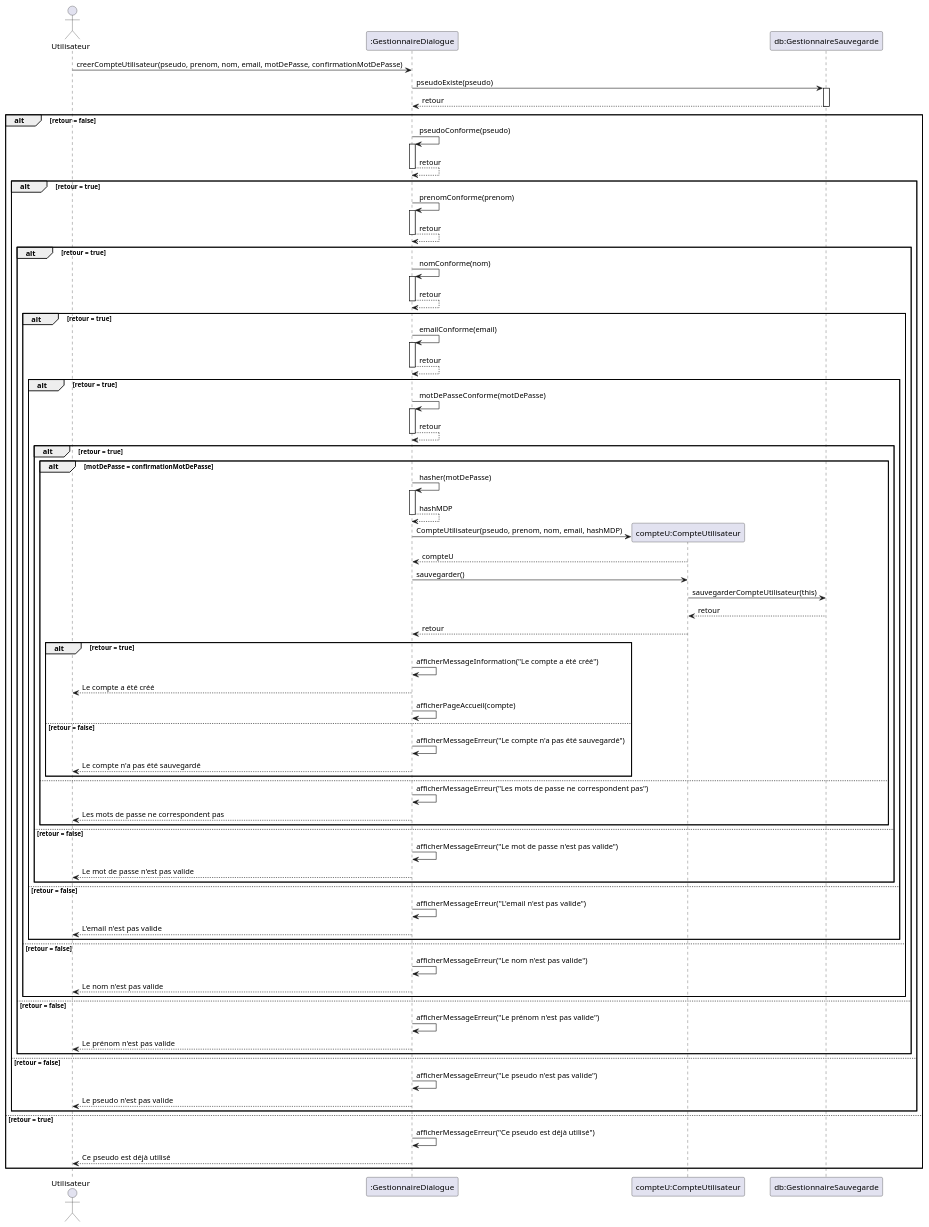
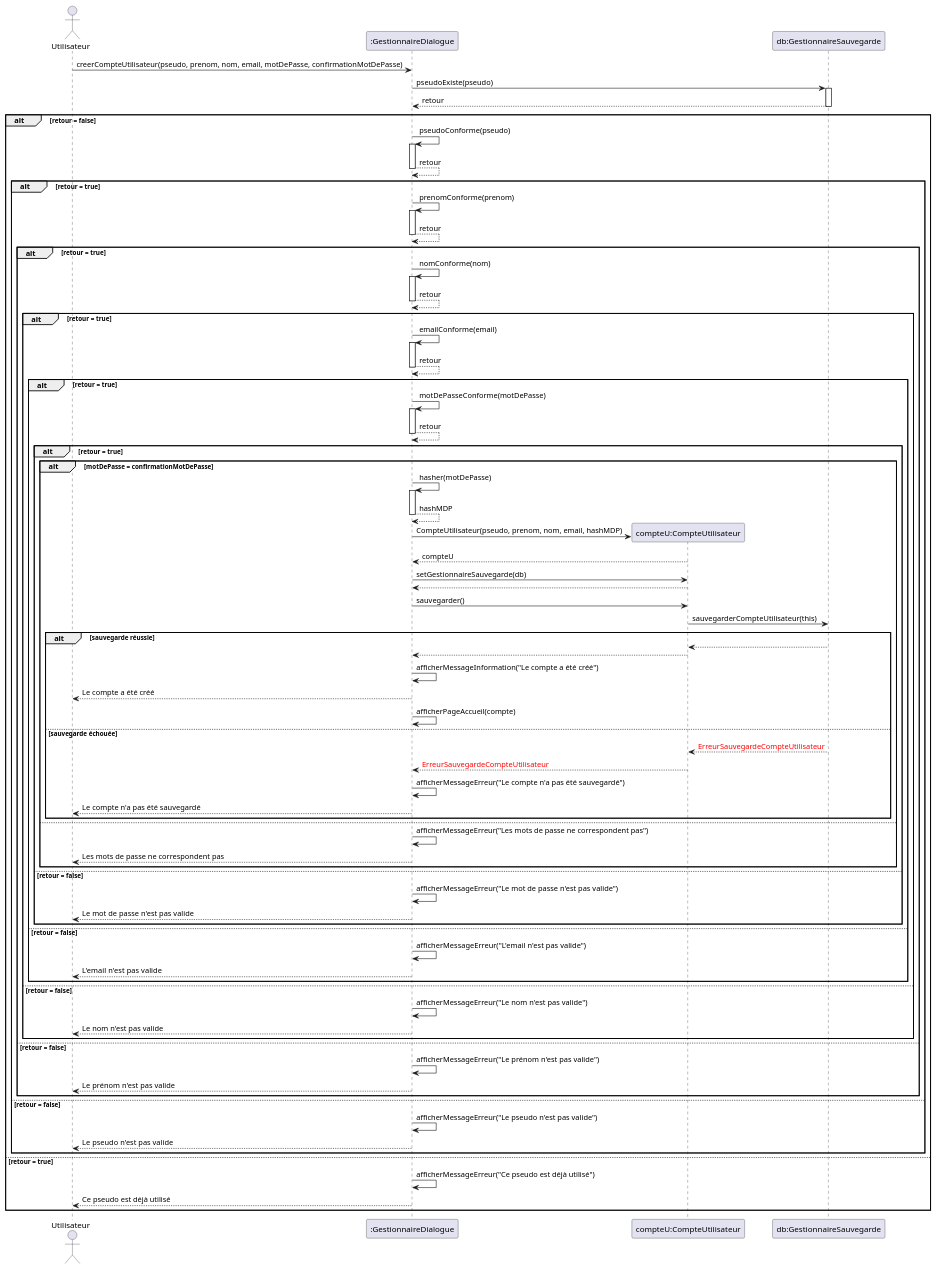
The diagram in diagrammes/conception/creer-compte-utilisateur.puml (lmtb06/sharecount), drawn with PlantUML before and after one commit. The commit also changed 11 other files, not shown here.

```diff
--- a/diagrammes/conception/creer-compte-utilisateur.puml
+++ b/diagrammes/conception/creer-compte-utilisateur.puml
@@ -1,76 +1,81 @@
 @startuml Creer un compte utilisateur
 actor "Utilisateur" as us
 participant ":GestionnaireDialogue" as gd
 participant "compteU:CompteUtilisateur" as cu
 participant "db:GestionnaireSauvegarde" as gs
 
 us 	-> 	gd : creerCompteUtilisateur(pseudo, prenom, nom, email, motDePasse, confirmationMotDePasse)
 ' verification du pseudo
 gd 	-> gs ++: pseudoExiste(pseudo)
 gs 	--> gd --: retour
 alt retour = false
 gd 	-> 	gd ++: pseudoConforme(pseudo)
 gd 	--> 	gd --: retour
 alt retour = true
 ' verification du prénom
 gd 	-> 	gd ++: prenomConforme(prenom)
 gd 	--> 	gd --: retour
 alt retour = true
 ' verification du nom
 gd 	-> 	gd ++: nomConforme(nom)
 gd 	--> 	gd --: retour
 alt retour = true
 ' verification de l'email
 gd 	-> 	gd ++: emailConforme(email)
 gd 	--> 	gd --: retour
 alt retour = true
 ' verification du mot de passe
 gd 	-> 	gd ++: motDePasseConforme(motDePasse)
 gd 	--> 	gd --: retour
 alt retour = true
 alt motDePasse = confirmationMotDePasse
 gd 	-> gd ++: hasher(motDePasse)
 gd 	--> gd --: hashMDP
 gd 	-> cu **: CompteUtilisateur(pseudo, prenom, nom, email, hashMDP)
 cu 	--> gd --: compteU
+gd 	->	cu : setGestionnaireSauvegarde(db)
+cu 	--> gd :
 gd 	-> cu : sauvegarder()
 cu 	-> gs : sauvegarderCompteUtilisateur(this)
-gs 	--> cu : retour
-cu 	--> gd : retour
-alt retour = true
+
+alt sauvegarde réussie
+gs 	--> cu :
+cu 	--> gd :
 gd 	-> 	gd : afficherMessageInformation("Le compte a été créé")
 gd 	--> 	us : Le compte a été créé
 gd -> gd : afficherPageAccueil(compte)
-else retour = false
+else sauvegarde échouée
+gs 	--> cu : <font color=red>ErreurSauvegardeCompteUtilisateur
+cu 	--> gd : <font color=red>ErreurSauvegardeCompteUtilisateur
 gd 	-> 	gd : afficherMessageErreur("Le compte n'a pas été sauvegardé")
 gd 	--> 	us : Le compte n'a pas été sauvegardé
 end
 else
 gd 	-> 	gd : afficherMessageErreur("Les mots de passe ne correspondent pas")
 gd 	--> 	us : Les mots de passe ne correspondent pas
 end
 else retour = false
 gd 	-> 	gd : afficherMessageErreur("Le mot de passe n'est pas valide")
 gd 	--> 	us : Le mot de passe n'est pas valide
 end
 else retour = false
 gd 	-> 	gd : afficherMessageErreur("L'email n'est pas valide")
 gd 	--> 	us : L'email n'est pas valide
 end
 else retour = false
 gd 	-> 	gd : afficherMessageErreur("Le nom n'est pas valide")
 gd 	--> 	us : Le nom n'est pas valide
 end
 else retour = false
 gd 	-> 	gd : afficherMessageErreur("Le prénom n'est pas valide")
 gd 	--> 	us : Le prénom n'est pas valide
 end
 else retour = false
 gd 	-> 	gd : afficherMessageErreur("Le pseudo n'est pas valide")
 gd 	--> 	us : Le pseudo n'est pas valide
 end
 else retour = true
 gd 	-> 	gd : afficherMessageErreur("Ce pseudo est déjà utilisé")
 gd 	--> 	us : Ce pseudo est déjà utilisé
 end
 @enduml
```
